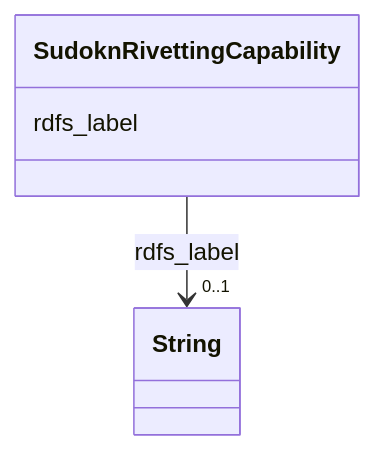
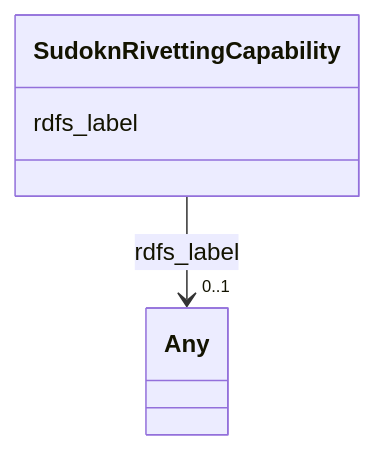
The diagram in sudokn-kg/classes/SudoknRivettingCapability.md (frink-okn/graph-descriptions), drawn with Mermaid before and after one commit. The commit also changed other lines of this file and 903 other files, not shown here.

````diff
--- a/sudokn-kg/classes/SudoknRivettingCapability.md
+++ b/sudokn-kg/classes/SudoknRivettingCapability.md
@@ -23,15 +18,15 @@
 ```mermaid
  classDiagram
     class SudoknRivettingCapability
     click SudoknRivettingCapability href "../SudoknRivettingCapability"
       SudoknRivettingCapability : rdfs_label
         
           
     
     
-    SudoknRivettingCapability --> "0..1" String : rdfs_label
-    click String href "../String"
+    SudoknRivettingCapability --> "0..1" Any : rdfs_label
+    click Any href "../Any"
 
         
       
 ```
````
